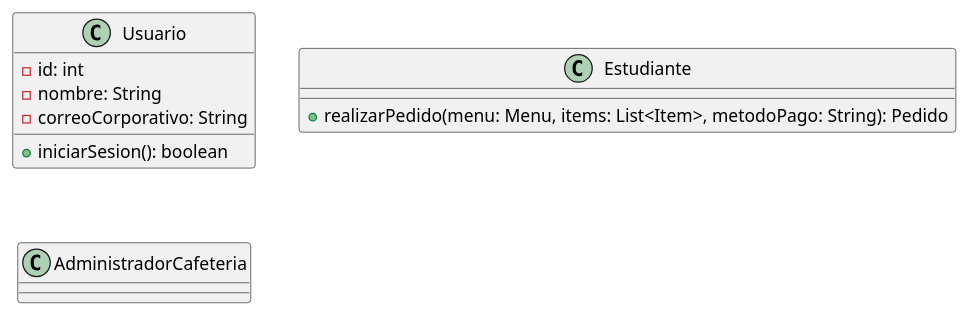
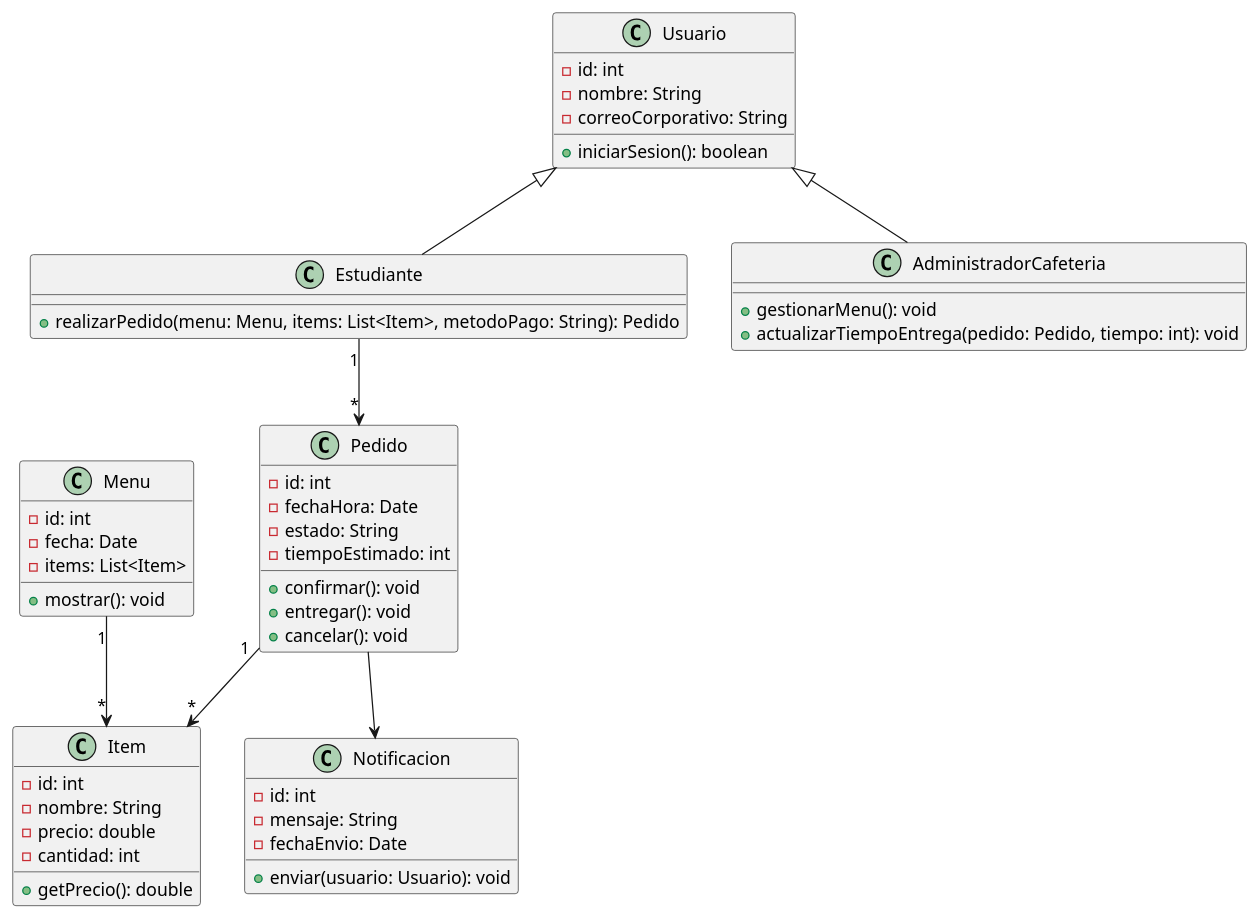
Before and after one commit to maurosena/shopcoffee: the diagram in clases.plantuml, drawn with PlantUML. The commit also changed 1 other file, not shown here.

Commit message:
Se actualizo diagrama de casos de uso y se culmino el diagrama de clases

```diff
--- a/clases.plantuml
+++ b/clases.plantuml
@@ -1,17 +1,57 @@
 @startuml clasescoffeshop
  
 class Usuario {
     - id: int
     - nombre: String
     - correoCorporativo: String
     + iniciarSesion(): boolean
 }
 
 class Estudiante {
     + realizarPedido(menu: Menu, items: List<Item>, metodoPago: String): Pedido
 }
 
-class AdministradorCafeteria{}
+class AdministradorCafeteria{
+    + gestionarMenu(): void
+    + actualizarTiempoEntrega(pedido: Pedido, tiempo: int): void
+}
 
+class Menu{
+    - id: int
+    - fecha: Date
+    - items: List<Item>
+    + mostrar(): void
+}
 
+class Item{
+    - id: int
+    - nombre: String
+    - precio: double
+    - cantidad: int
+    + getPrecio(): double
+}
+
+class Pedido{
+    - id: int
+    - fechaHora: Date
+    - estado: String
+    - tiempoEstimado: int
+    + confirmar(): void
+    + entregar(): void
+    + cancelar(): void
+}
+
+class Notificacion{
+    - id: int
+    - mensaje: String
+    - fechaEnvio: Date
+    + enviar(usuario: Usuario): void
+}
+
+Usuario <|-- Estudiante
+Usuario <|-- AdministradorCafeteria
+Menu "1" --> "*" Item
+Estudiante "1" --> "*" Pedido
+Pedido "1" --> "*" Item
+Pedido --> Notificacion
 @enduml
```
